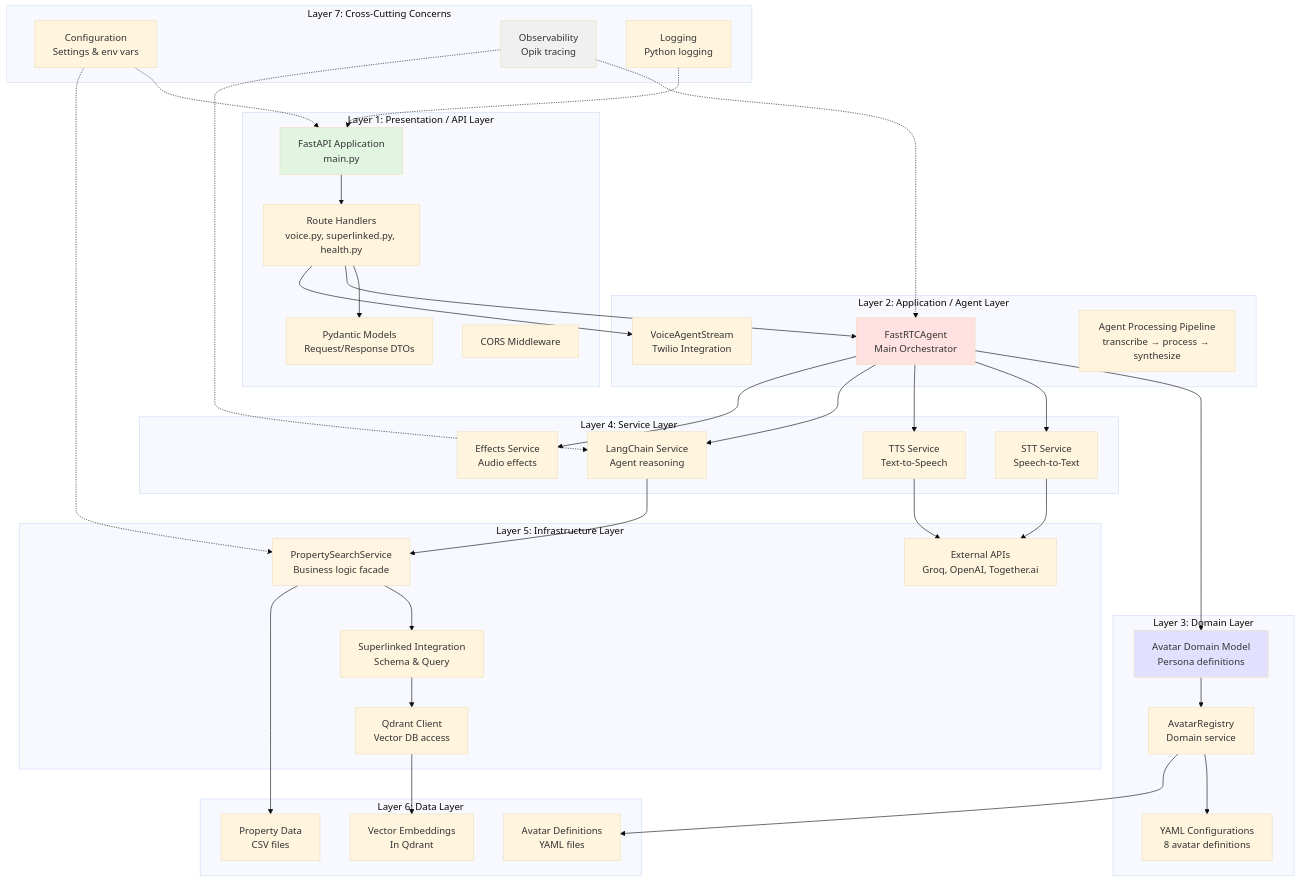
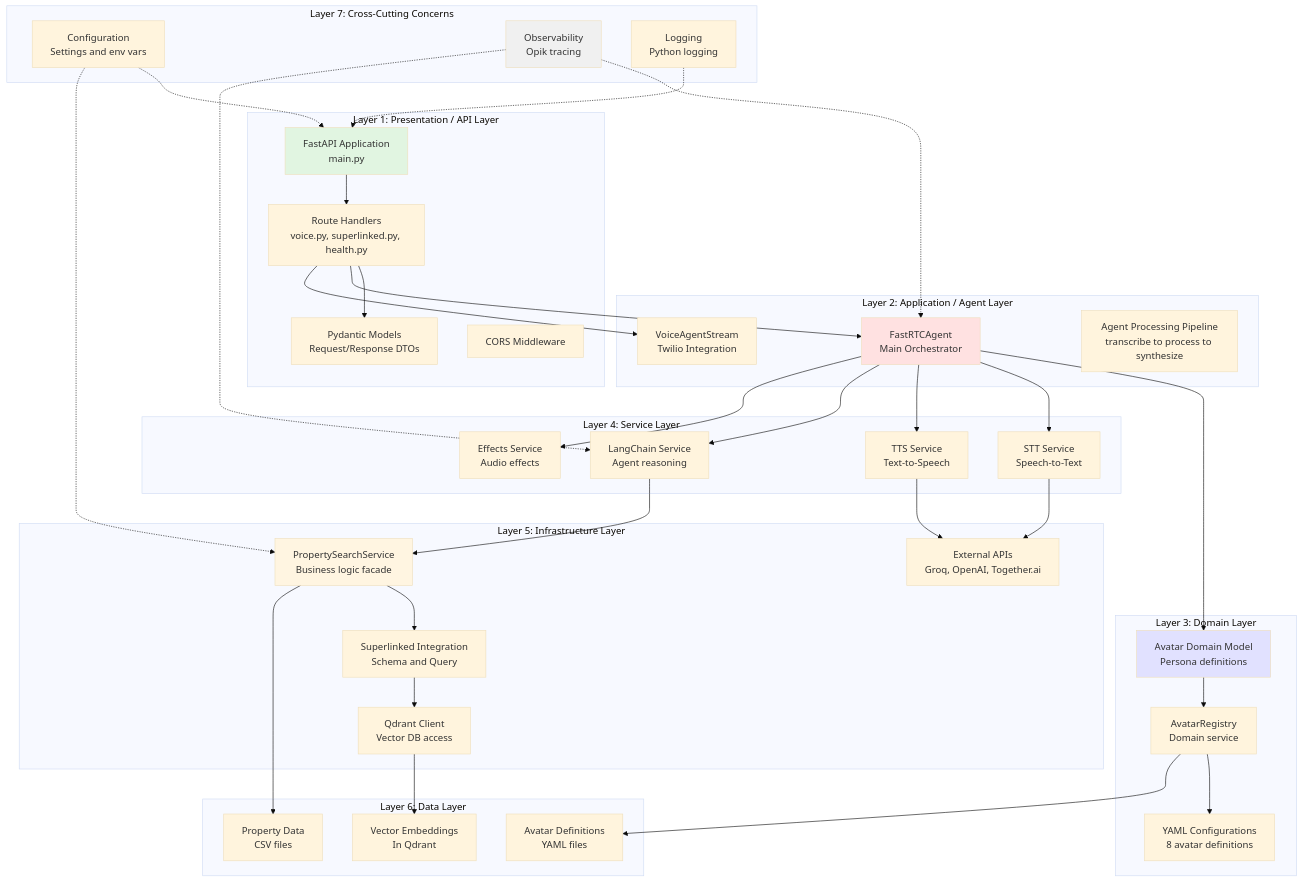
Before and after one commit to arnav-grover/realtime-phone-agents-course: the second of 5 diagrams in docs/ARCHITECTURE.md, drawn with Mermaid (base theme). The commit also changed other lines of this file, not shown here.

Commit message:
fix: resolve Mermaid diagram syntax errors for GitHub rendering

````diff
--- a/docs/ARCHITECTURE.md
+++ b/docs/ARCHITECTURE.md
@@ -115,48 +115,48 @@
 ```mermaid
 graph TB
-    subgraph "Layer 1: Presentation / API Layer"
-        L1A[FastAPI Application<br/>main.py]
-        L1B[Route Handlers<br/>voice.py, superlinked.py, health.py]
-        L1C[Pydantic Models<br/>Request/Response DTOs]
+    subgraph Layer1["Layer 1: Presentation / API Layer"]
+        L1A["FastAPI Application<br/>main.py"]
+        L1B["Route Handlers<br/>voice.py, superlinked.py, health.py"]
+        L1C["Pydantic Models<br/>Request/Response DTOs"]
         L1D[CORS Middleware]
     end
 
-    subgraph "Layer 2: Application / Agent Layer"
-        L2A[FastRTCAgent<br/>Main Orchestrator]
-        L2B[VoiceAgentStream<br/>Twilio Integration]
-        L2C[Agent Processing Pipeline<br/>transcribe → process → synthesize]
+    subgraph Layer2["Layer 2: Application / Agent Layer"]
+        L2A["FastRTCAgent<br/>Main Orchestrator"]
+        L2B["VoiceAgentStream<br/>Twilio Integration"]
+        L2C["Agent Processing Pipeline<br/>transcribe to process to synthesize"]
     end
 
-    subgraph "Layer 3: Domain Layer"
-        L3A[Avatar Domain Model<br/>Persona definitions]
-        L3B[AvatarRegistry<br/>Domain service]
-        L3C[YAML Configurations<br/>8 avatar definitions]
+    subgraph Layer3["Layer 3: Domain Layer"]
+        L3A["Avatar Domain Model<br/>Persona definitions"]
+        L3B["AvatarRegistry<br/>Domain service"]
+        L3C["YAML Configurations<br/>8 avatar definitions"]
     end
 
-    subgraph "Layer 4: Service Layer"
-        L4A[STT Service<br/>Speech-to-Text]
-        L4B[TTS Service<br/>Text-to-Speech]
-        L4C[LangChain Service<br/>Agent reasoning]
-        L4D[Effects Service<br/>Audio effects]
+    subgraph Layer4["Layer 4: Service Layer"]
+        L4A["STT Service<br/>Speech-to-Text"]
+        L4B["TTS Service<br/>Text-to-Speech"]
+        L4C["LangChain Service<br/>Agent reasoning"]
+        L4D["Effects Service<br/>Audio effects"]
     end
 
-    subgraph "Layer 5: Infrastructure Layer"
-        L5A[PropertySearchService<br/>Business logic facade]
-        L5B[Superlinked Integration<br/>Schema & Query]
-        L5C[Qdrant Client<br/>Vector DB access]
-        L5D[External APIs<br/>Groq, OpenAI, Together.ai]
+    subgraph Layer5["Layer 5: Infrastructure Layer"]
+        L5A["PropertySearchService<br/>Business logic facade"]
+        L5B["Superlinked Integration<br/>Schema and Query"]
+        L5C["Qdrant Client<br/>Vector DB access"]
+        L5D["External APIs<br/>Groq, OpenAI, Together.ai"]
     end
 
-    subgraph "Layer 6: Data Layer"
-        L6A[Property Data<br/>CSV files]
-        L6B[Vector Embeddings<br/>In Qdrant]
-        L6C[Avatar Definitions<br/>YAML files]
+    subgraph Layer6["Layer 6: Data Layer"]
+        L6A["Property Data<br/>CSV files"]
+        L6B["Vector Embeddings<br/>In Qdrant"]
+        L6C["Avatar Definitions<br/>YAML files"]
     end
 
-    subgraph "Layer 7: Cross-Cutting Concerns"
-        L7A[Configuration<br/>Settings & env vars]
-        L7B[Observability<br/>Opik tracing]
-        L7C[Logging<br/>Python logging]
+    subgraph Layer7["Layer 7: Cross-Cutting Concerns"]
+        L7A["Configuration<br/>Settings and env vars"]
+        L7B["Observability<br/>Opik tracing"]
+        L7C["Logging<br/>Python logging"]
     end
 
     L1A --> L1B
````
